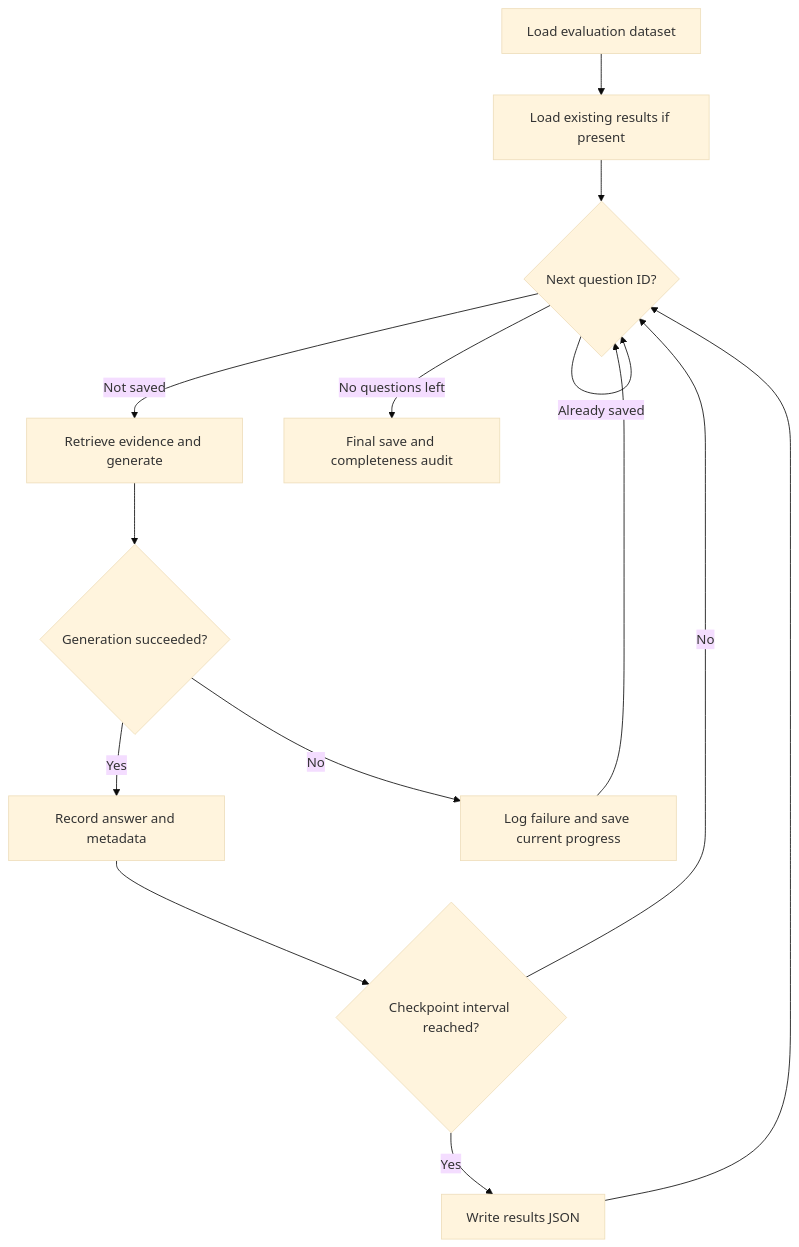
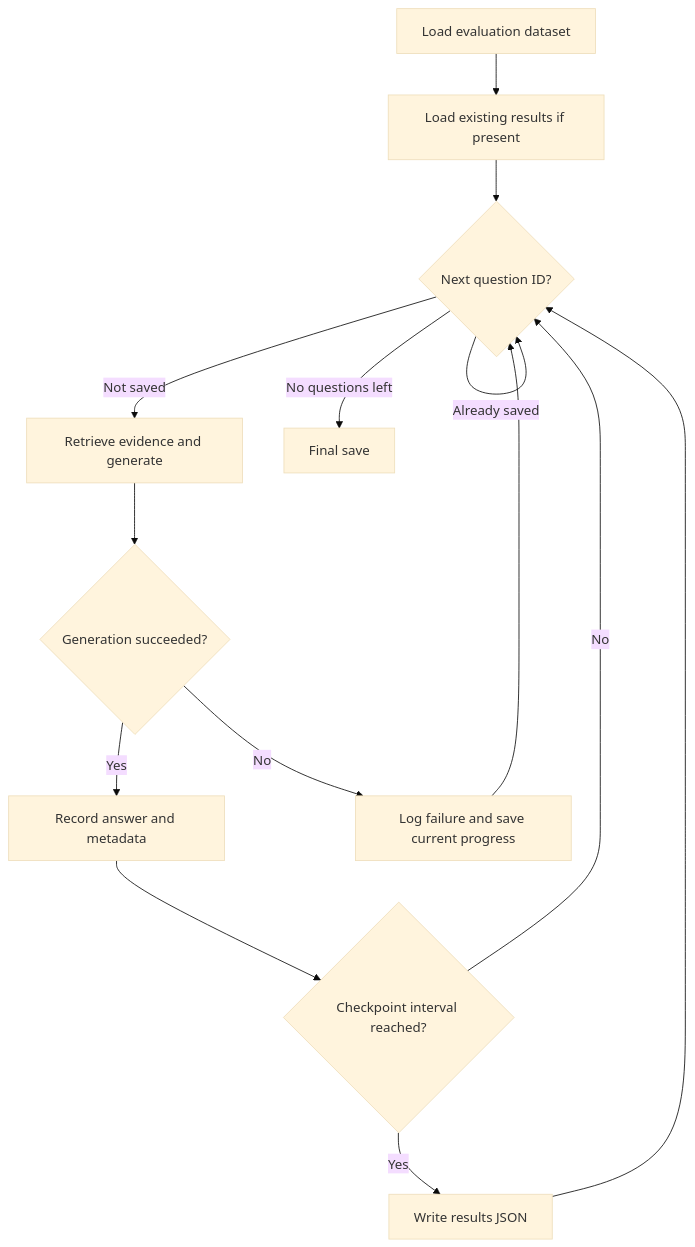
One commit to ManeswarSahu11/chat3gpp-iitk-internship changed the fourth of 5 diagrams in docs/ARCHITECTURE.md. Above: the diagram before and after it, drawn with Mermaid (base theme). The commit also changed other lines of this file and 4 other files, not shown here.

````diff
--- a/docs/ARCHITECTURE.md
+++ b/docs/ARCHITECTURE.md
@@ -113,16 +99,16 @@
 ```mermaid
 flowchart TD
     START["Load evaluation dataset"] --> LOAD["Load existing results if present"]
     LOAD --> NEXT{"Next question ID?"}
     NEXT -->|"Already saved"| NEXT
     NEXT -->|"Not saved"| RET["Retrieve evidence and generate"]
     RET --> OK{"Generation succeeded?"}
     OK -->|"Yes"| RECORD["Record answer and metadata"]
     RECORD --> SAVE{"Checkpoint interval reached?"}
     SAVE -->|"Yes"| WRITE["Write results JSON"]
     SAVE -->|"No"| NEXT
     WRITE --> NEXT
     OK -->|"No"| ERR["Log failure and save current progress"]
     ERR --> NEXT
-    NEXT -->|"No questions left"| DONE["Final save and completeness audit"]
+    NEXT -->|"No questions left"| DONE["Final save"]
 ```
````
